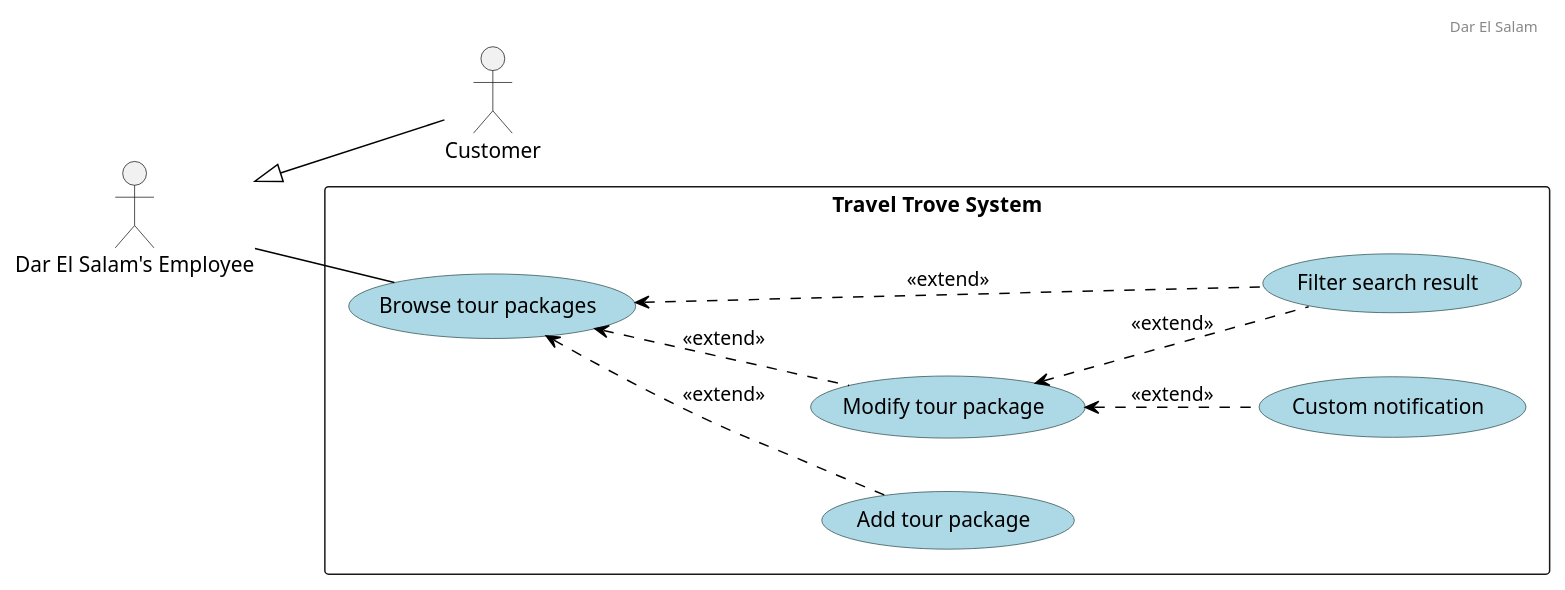
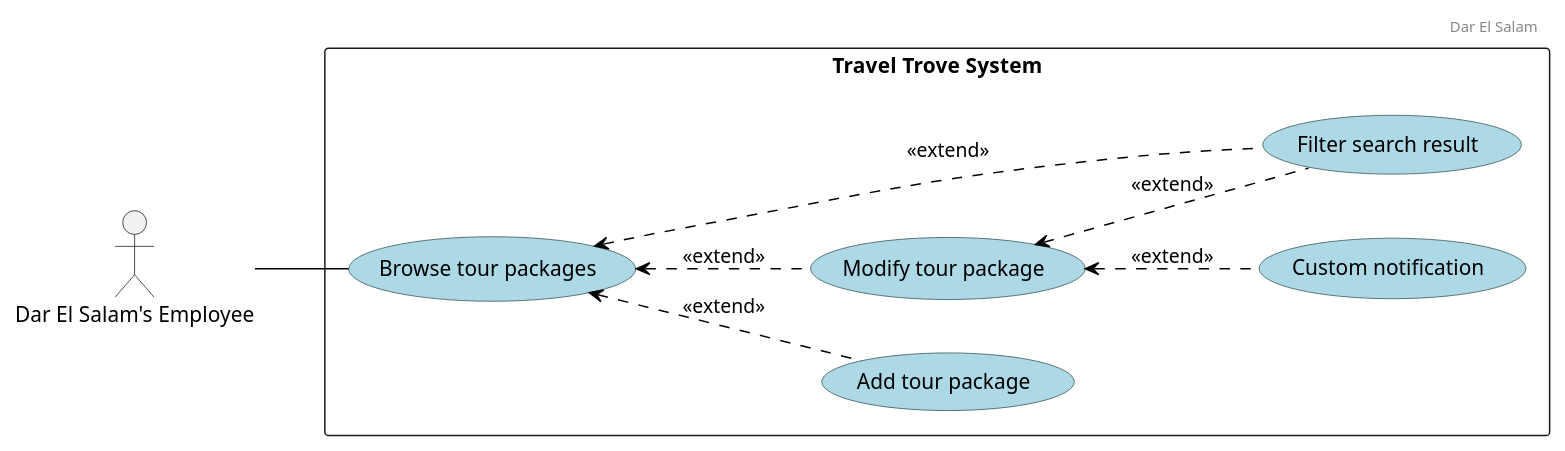
The diagram in diagrams/use cases/Employee.puml (Hares-2088/TravelTrove), drawn with PlantUML before and after one commit.

Commit message:
Modified the use cases

```diff
--- a/diagrams/use cases/Employee.puml
+++ b/diagrams/use cases/Employee.puml
@@ -1,39 +1,38 @@
 @startuml
 left to right direction
 
 ' Add a header with left alignment
 header
 Dar El Salam
 endheader
 
 ' Custom skin parameters for use cases
 skinparam usecase {
     BackgroundColor lightblue
     BorderColor DarkSlateGray
     ArrowColor Black
 }
 
 actor "Dar El Salam's Employee" as Employee
 
 rectangle "Travel Trove System" {
 
     usecase "Browse tour packages"
     usecase "Add tour package"
     usecase "Modify tour package"
     usecase "Filter search result"
     usecase "Custom notification"
 
 }
 Employee -- "Browse tour packages"
-Employee<|-- Customer
 "Browse tour packages" <.. "Filter search result" : <<extend>>
 "Browse tour packages" <.. "Add tour package" : <<extend>>
 "Browse tour packages" <.. "Modify tour package" : <<extend>>
 "Modify tour package" <.. "Custom notification" : <<extend>>
 "Modify tour package" <.. "Filter search result" : <<extend>>
 
 
 
 
 
 @enduml
```
